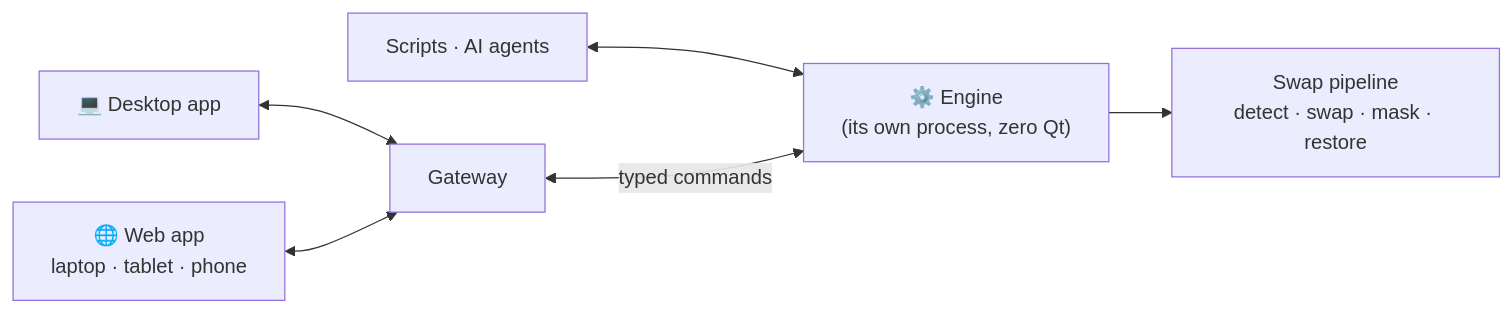
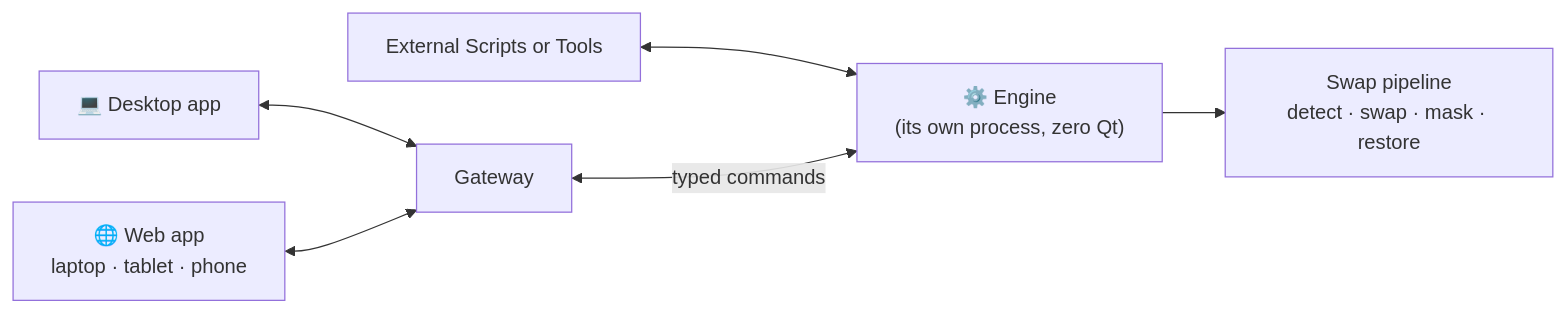
One commit to omniswap-studio/OmniSwap-Studio changed the first of 2 diagrams in README.md. Above: the diagram before and after it, drawn with Mermaid.

Commit message:
Rename 'Scripts' to 'External Scripts or Tools'

````diff
--- a/README.md
+++ b/README.md
@@ -57,8 +57,8 @@
 ```mermaid
 flowchart LR
   D["💻 Desktop app"] <--> G["Gateway"]
   W["🌐 Web app<br/>laptop · tablet · phone"] <--> G
-  S["Scripts · AI agents"] <--> E
+  S["External Scripts or Tools"] <--> E
   G <-->|"typed commands"| E["⚙️ Engine<br/>(its own process, zero Qt)"]
   E --> P["Swap pipeline<br/>detect · swap · mask · restore"]
 ```
````
